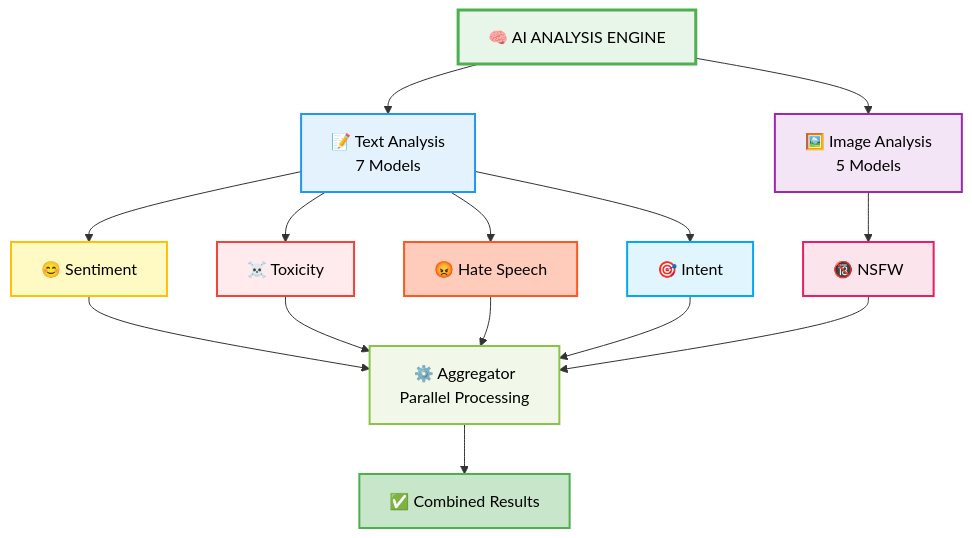
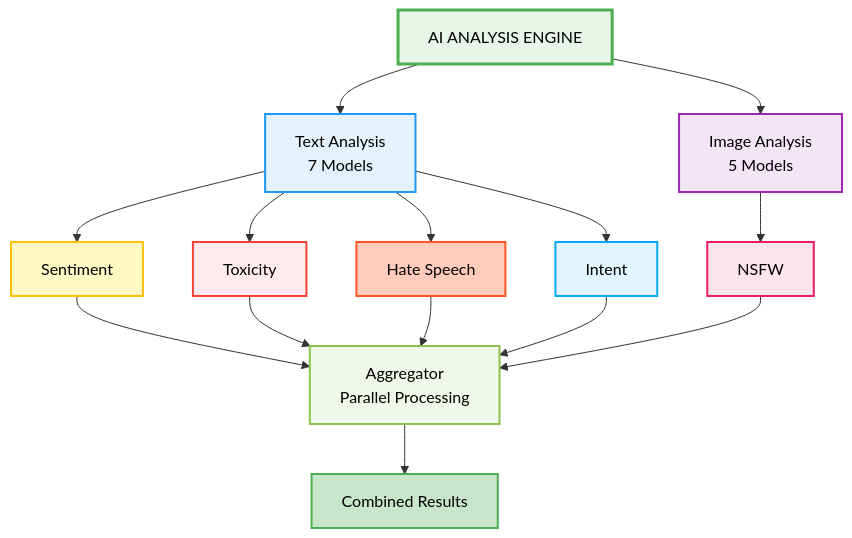
The fourth of 6 diagrams in README.md (AbhishekGiri04/SATYA-DRISHTI), drawn with Mermaid before and after one commit. The commit also changed other lines of this file, not shown here.

Commit message:
Replace architecture diagrams and add team section with images

````diff
--- a/README.md
+++ b/README.md
@@ -241,27 +258,27 @@
 ```mermaid
 graph TD
-    A[🧠 AI ANALYSIS ENGINE] --> B[📝 Text Analysis<br/>7 Models]
-    A --> C[🖼️ Image Analysis<br/>5 Models]
-    B --> D[😊 Sentiment]
-    B --> E[☠️ Toxicity]
-    B --> F[😡 Hate Speech]
-    B --> G[🎯 Intent]
-    C --> H[🔞 NSFW]
-    D --> I[⚙️ Aggregator<br/>Parallel Processing]
+    A[AI ANALYSIS ENGINE] --> B[Text Analysis<br/>7 Models]
+    A --> C[Image Analysis<br/>5 Models]
+    B --> D[Sentiment]
+    B --> E[Toxicity]
+    B --> F[Hate Speech]
+    B --> G[Intent]
+    C --> H[NSFW]
+    D --> I[Aggregator<br/>Parallel Processing]
     E --> I
     F --> I
     G --> I
     H --> I
-    I --> J[✅ Combined Results]
+    I --> J[Combined Results]
     
     style A fill:#E8F5E9,stroke:#4CAF50,stroke-width:3px,color:#000
     style B fill:#E3F2FD,stroke:#2196F3,stroke-width:2px,color:#000
     style C fill:#F3E5F5,stroke:#9C27B0,stroke-width:2px,color:#000
     style D fill:#FFF9C4,stroke:#FFC107,stroke-width:2px,color:#000
     style E fill:#FFEBEE,stroke:#F44336,stroke-width:2px,color:#000
     style F fill:#FFCCBC,stroke:#FF5722,stroke-width:2px,color:#000
     style G fill:#E1F5FE,stroke:#03A9F4,stroke-width:2px,color:#000
     style H fill:#FCE4EC,stroke:#E91E63,stroke-width:2px,color:#000
     style I fill:#F1F8E9,stroke:#8BC34A,stroke-width:2px,color:#000
     style J fill:#C8E6C9,stroke:#4CAF50,stroke-width:2px,color:#000
 ```
````
